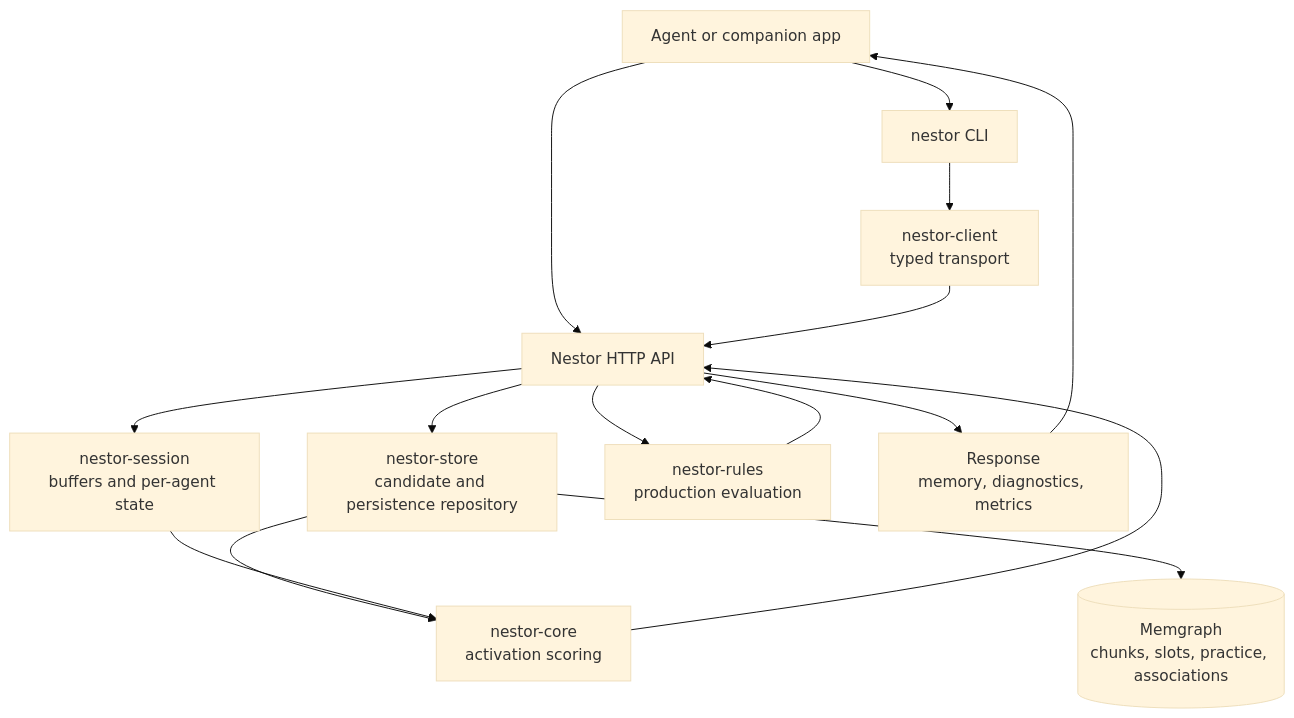
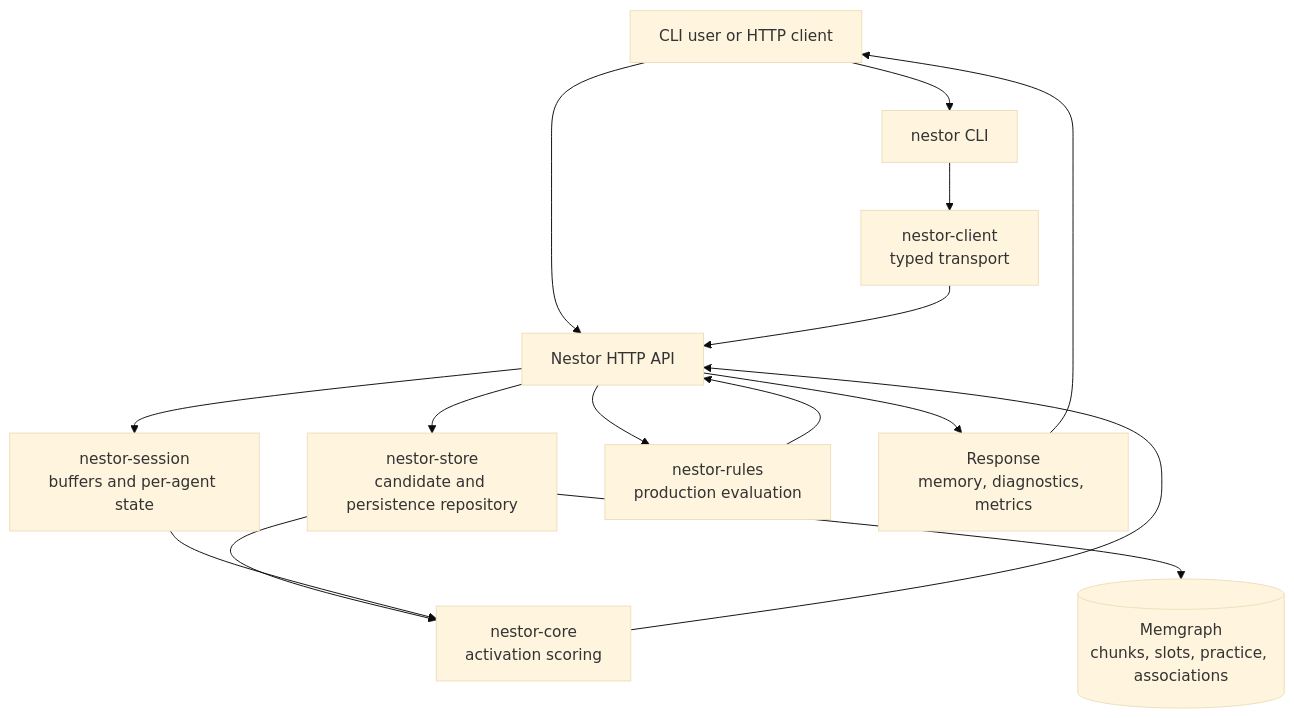
Before and after one commit to mgwilt/agent-memory: the first of 2 diagrams in docs/architecture.md, drawn with Mermaid (base theme). The commit also changed other lines of this file and 12 other files, not shown here.

````diff
--- a/docs/architecture.md
+++ b/docs/architecture.md
@@ -93,17 +93,17 @@
 ```mermaid
 flowchart TD
-  Agent["Agent or companion app"] --> CLI["nestor CLI"]
+  Agent["CLI user or HTTP client"] --> CLI["nestor CLI"]
   Agent --> HTTP["Nestor HTTP API"]
   CLI --> Client["nestor-client<br/>typed transport"]
   Client --> HTTP
   HTTP --> Session["nestor-session<br/>buffers and per-agent state"]
   HTTP --> Store["nestor-store<br/>candidate and persistence repository"]
   Store --> Graph[("Memgraph<br/>chunks, slots, practice, associations")]
   Store --> Core["nestor-core<br/>activation scoring"]
   Session --> Core
   HTTP --> Rules["nestor-rules<br/>production evaluation"]
   Core --> HTTP
   Rules --> HTTP
   HTTP --> Result["Response<br/>memory, diagnostics, metrics"]
   Result --> Agent
 ```
````
